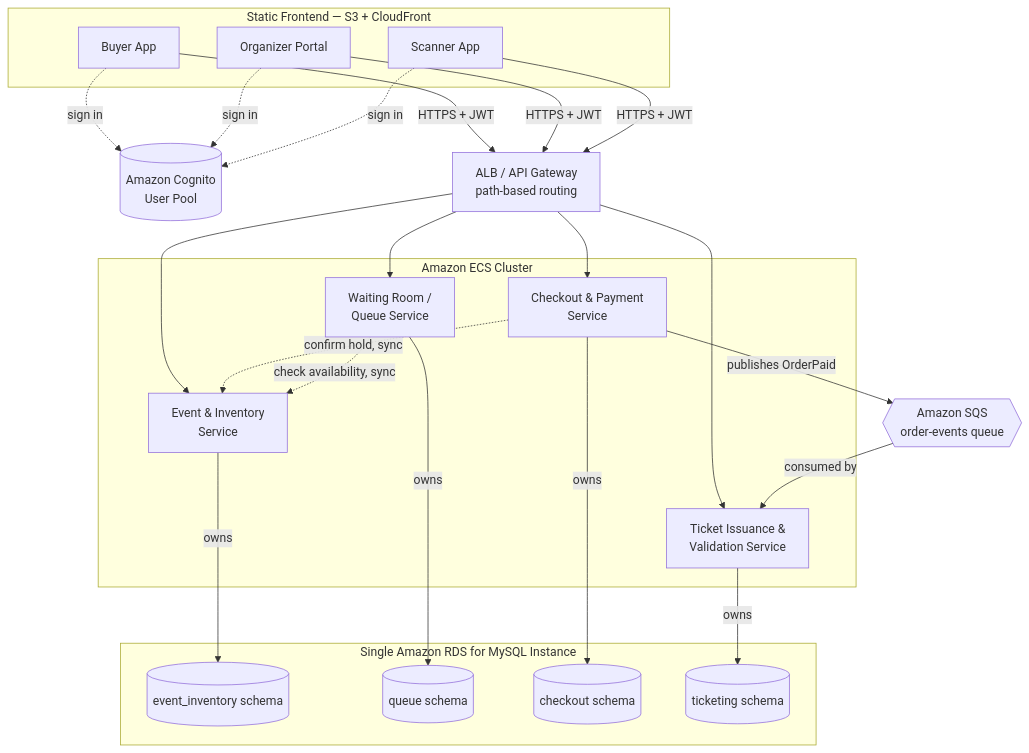
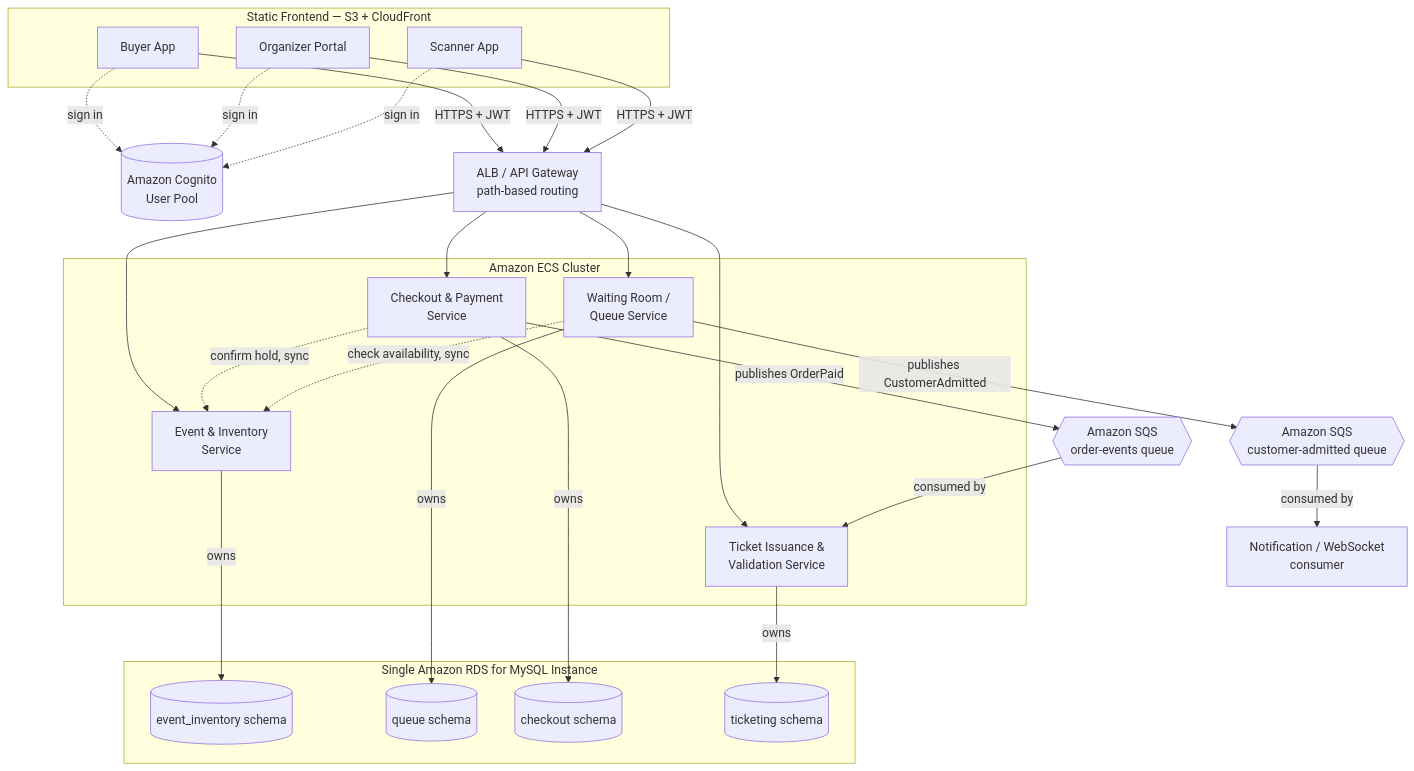
The first of 10 diagrams in database/onestage-system-design.md (nus-mtech-grp1-sem2/backend-repo), drawn with Mermaid before and after one commit. The commit also changed other lines of this file and 16 other files, not shown here.

Commit message:
implement queue microservice with sqs sdk

````diff
--- a/database/onestage-system-design.md
+++ b/database/onestage-system-design.md
@@ -15,50 +15,54 @@
 ```mermaid
 graph TB
     subgraph Frontend["Static Frontend — S3 + CloudFront"]
         Buyer["Buyer App"]
         Portal["Organizer Portal"]
         Scanner["Scanner App"]
     end
 
     Cognito[("Amazon Cognito<br/>User Pool")]
 
     GW["ALB / API Gateway<br/>path-based routing"]
 
     subgraph ECS["Amazon ECS Cluster"]
         EIS["Event & Inventory<br/>Service"]
         WR["Waiting Room /<br/>Queue Service"]
         CPS["Checkout & Payment<br/>Service"]
         TIV["Ticket Issuance &<br/>Validation Service"]
     end
 
     subgraph DB["Single Amazon RDS for MySQL Instance"]
         SchemaEI[(event_inventory schema)]
         SchemaQ[(queue schema)]
         SchemaCO[(checkout schema)]
         SchemaTI[(ticketing schema)]
     end
 
-    SQS{{"Amazon SQS<br/>order-events queue"}}
+    OrderSQS{{"Amazon SQS<br/>order-events queue"}}
+    AdmissionSQS{{"Amazon SQS<br/>customer-admitted queue"}}
+    Notification["Notification / WebSocket<br/>consumer"]
 
     Buyer -->|HTTPS + JWT| GW
     Portal -->|HTTPS + JWT| GW
     Scanner -->|HTTPS + JWT| GW
     Buyer -.sign in.-> Cognito
     Portal -.sign in.-> Cognito
     Scanner -.sign in.-> Cognito
 
     GW --> EIS
     GW --> WR
     GW --> CPS
     GW --> TIV
 
     EIS -->|owns| SchemaEI
     WR -->|owns| SchemaQ
     CPS -->|owns| SchemaCO
     TIV -->|owns| SchemaTI
 
-    CPS -->|publishes OrderPaid| SQS
-    SQS -->|consumed by| TIV
+    WR -->|publishes CustomerAdmitted| AdmissionSQS
+    AdmissionSQS -->|consumed by| Notification
+    CPS -->|publishes OrderPaid| OrderSQS
+    OrderSQS -->|consumed by| TIV
     CPS -.confirm hold, sync.-> EIS
     WR -.check availability, sync.-> EIS
 ```
````
